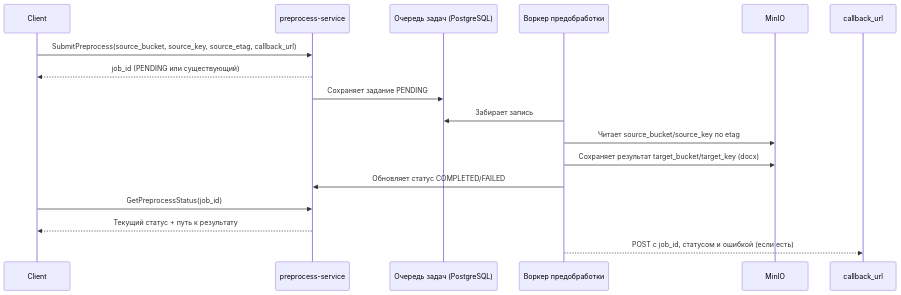
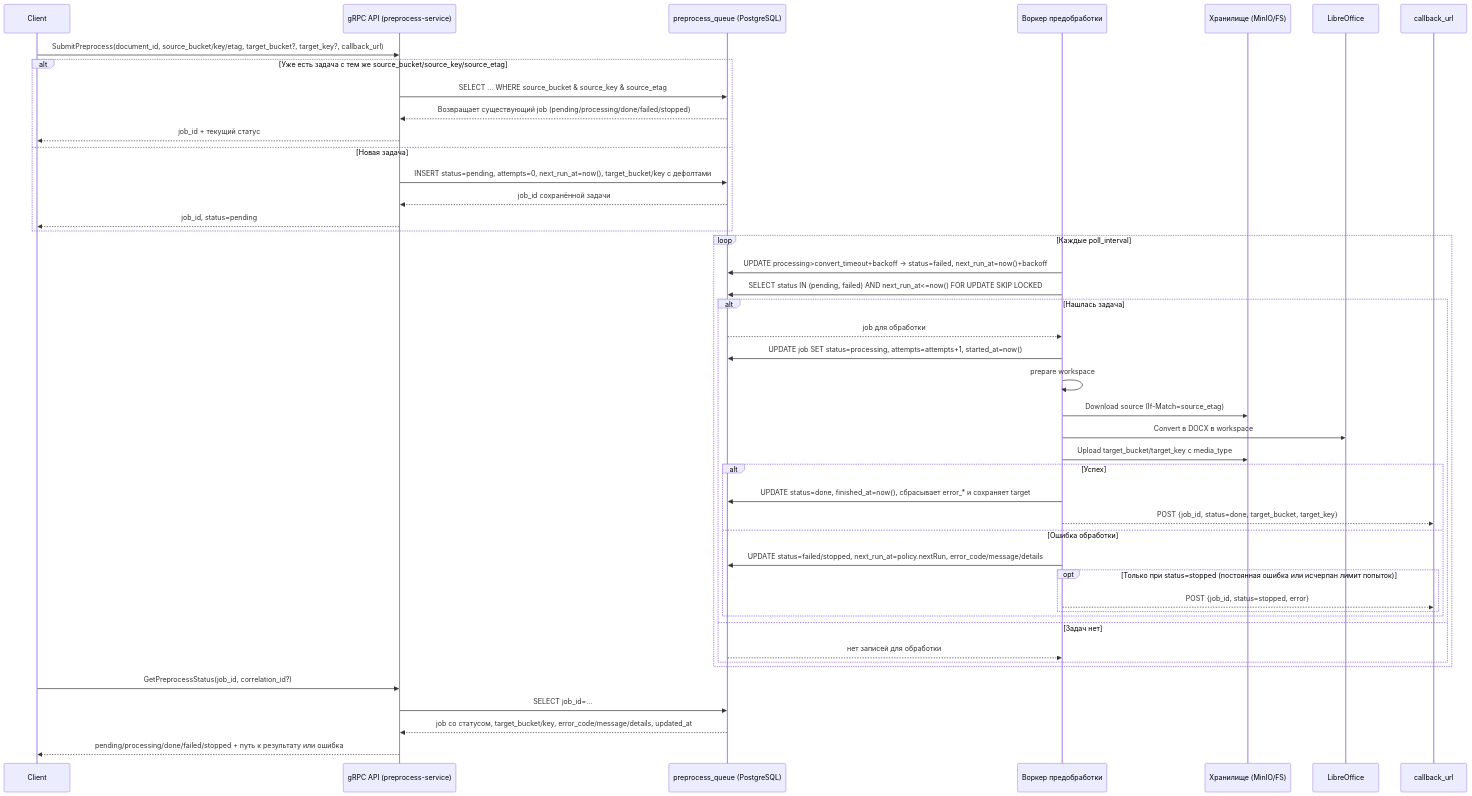
The diagram in backend/preprocess-service/sequence.md (FedorovTeam/mono-repo), drawn with Mermaid before and after one commit. The commit also changed other lines of this file, not shown here.

Commit message:
Update preprocess sequence diagram

````diff
--- a/backend/preprocess-service/sequence.md
+++ b/backend/preprocess-service/sequence.md
@@ -3,20 +3,50 @@
 ```mermaid
 sequenceDiagram
     participant Client
-    participant Preprocess as preprocess-service
-    participant Queue as Очередь задач (PostgreSQL)
+    participant API as gRPC API (preprocess-service)
+    participant Queue as preprocess_queue (PostgreSQL)
     participant Worker as Воркер предобработки
-    participant MinIO
+    participant Storage as Хранилище (MinIO/FS)
+    participant Converter as LibreOffice
     participant Callback as callback_url
 
-    Client->>Preprocess: SubmitPreprocess(source_bucket, source_key, source_etag, callback_url)
-    Preprocess-->>Client: job_id (PENDING или существующий)
-    Preprocess->>Queue: Сохраняет задание PENDING
-    Worker->>Queue: Забирает запись
-    Worker->>MinIO: Читает source_bucket/source_key по etag
-    Worker->>MinIO: Сохраняет результат target_bucket/target_key (docx)
-    Worker->>Preprocess: Обновляет статус COMPLETED/FAILED
-    Client->>Preprocess: GetPreprocessStatus(job_id)
-    Preprocess-->>Client: Текущий статус + путь к результату
-    Worker-->>Callback: POST с job_id, статусом и ошибкой (если есть)
+    Client->>API: SubmitPreprocess(document_id, source_bucket/key/etag, target_bucket?, target_key?, callback_url)
+    alt Уже есть задача с тем же source_bucket/source_key/source_etag
+        API->>Queue: SELECT ... WHERE source_bucket & source_key & source_etag
+        Queue-->>API: Возвращает существующий job (pending/processing/done/failed/stopped)
+        API-->>Client: job_id + текущий статус
+    else Новая задача
+        API->>Queue: INSERT status=pending, attempts=0, next_run_at=now(), target_bucket/key с дефолтами
+        Queue-->>API: job_id сохранённой задачи
+        API-->>Client: job_id, status=pending
+    end
+
+    loop Каждые poll_interval
+        Worker->>Queue: UPDATE processing>convert_timeout+backoff → status=failed, next_run_at=now()+backoff
+        Worker->>Queue: SELECT status IN (pending, failed) AND next_run_at<=now() FOR UPDATE SKIP LOCKED
+        alt Нашлась задача
+            Queue-->>Worker: job для обработки
+            Worker->>Queue: UPDATE job SET status=processing, attempts=attempts+1, started_at=now()
+            Worker->>Worker: prepare workspace
+            Worker->>Storage: Download source (If-Match=source_etag)
+            Worker->>Converter: Convert в DOCX в workspace
+            Worker->>Storage: Upload target_bucket/target_key с media_type
+            alt Успех
+                Worker->>Queue: UPDATE status=done, finished_at=now(), сбрасывает error_* и сохраняет target
+                Worker-->>Callback: POST {job_id, status=done, target_bucket, target_key}
+            else Ошибка обработки
+                Worker->>Queue: UPDATE status=failed/stopped, next_run_at=policy.nextRun, error_code/message/details
+                opt Только при status=stopped (постоянная ошибка или исчерпан лимит попыток)
+                    Worker-->>Callback: POST {job_id, status=stopped, error}
+                end
+            end
+        else Задач нет
+            Queue-->>Worker: нет записей для обработки
+        end
+    end
+
+    Client->>API: GetPreprocessStatus(job_id, correlation_id?)
+    API->>Queue: SELECT job_id=...
+    Queue-->>API: job со статусом, target_bucket/key, error_code/message/details, updated_at
+    API-->>Client: pending/processing/done/failed/stopped + путь к результату или ошибка
 ```
````
